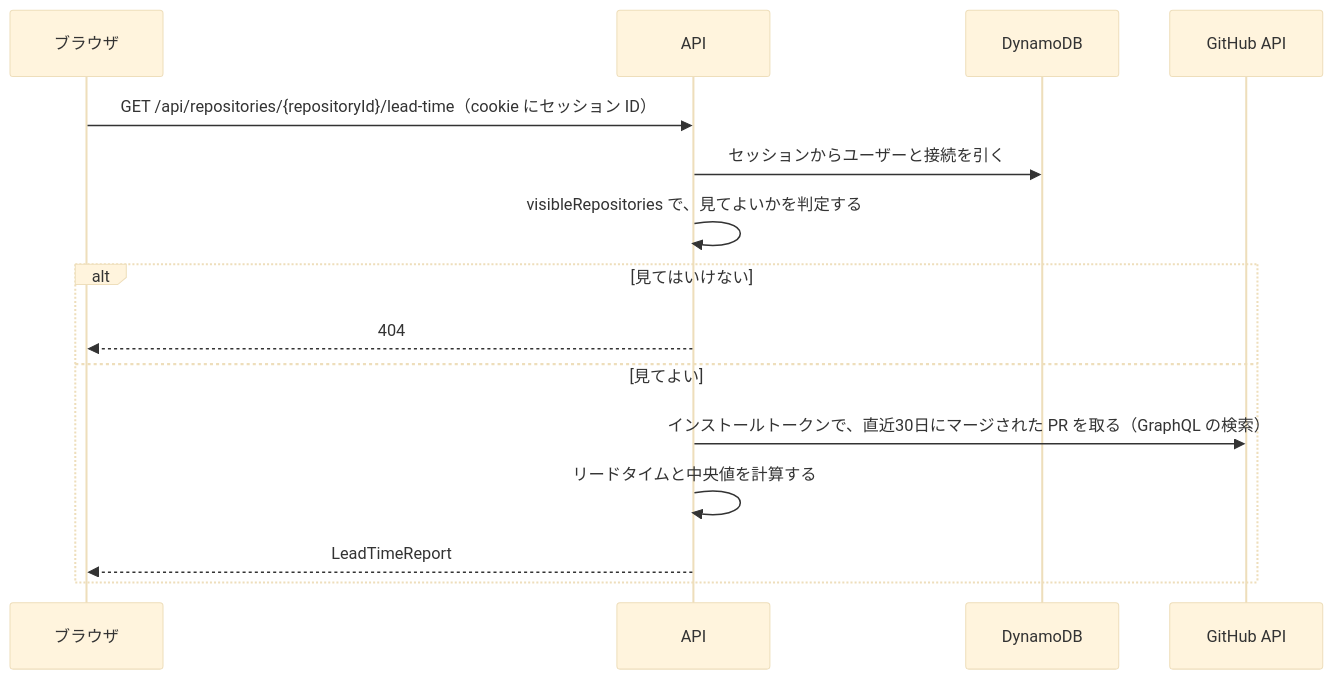
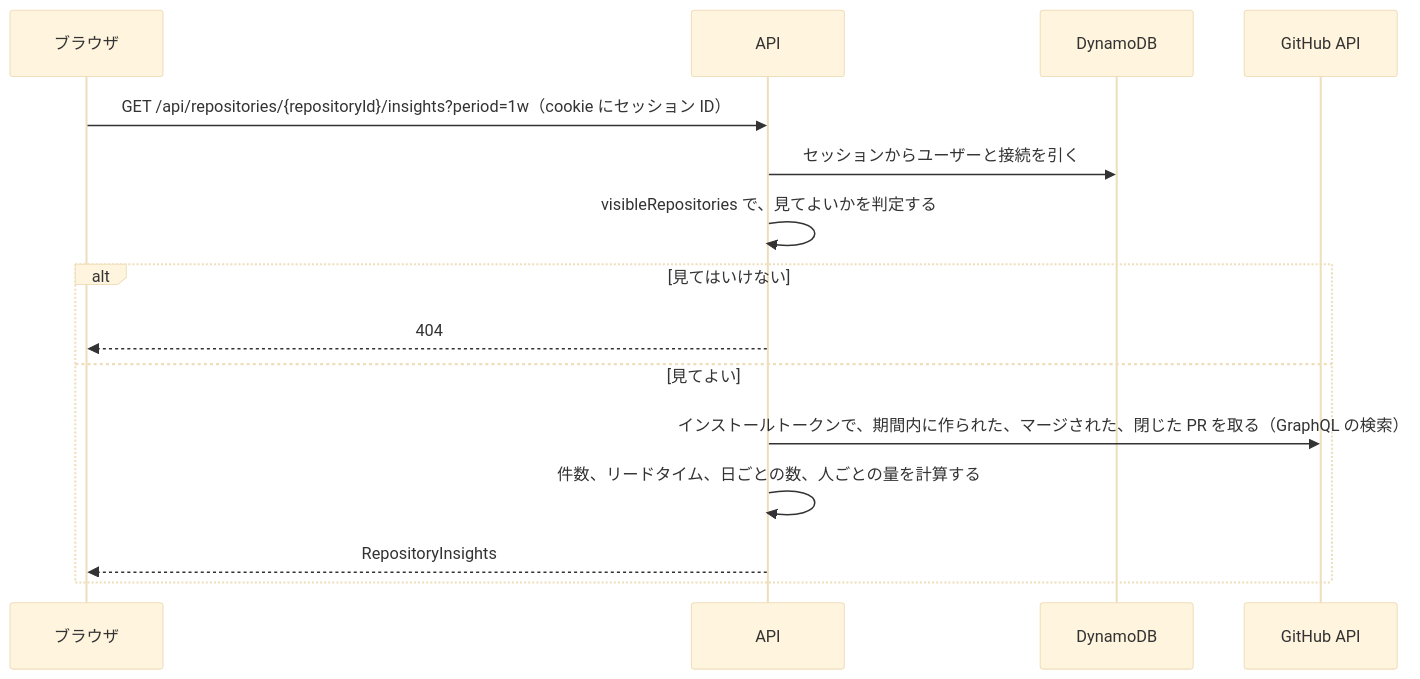
One commit to yamkazu/miruca changed the third of 3 diagrams in docs/architecture.md. Above: the diagram before and after it, drawn with Mermaid (base theme). The commit also changed other lines of this file and 1 other file, not shown here.

Commit message:
PRD: 0.1 で PR から読み取れる範囲のインサイト（Pulse、Contributors に近いもの）を出す
Claude-Session: https://claude.ai/code/session_017mbgcMWjADYMhPnSU7dwMU

````diff
--- a/docs/architecture.md
+++ b/docs/architecture.md
@@ -98,18 +98,18 @@
 ```mermaid
 sequenceDiagram
   participant B as ブラウザ
   participant A as API
   participant D as DynamoDB
   participant G as GitHub API
 
-  B->>A: GET /api/repositories/{repositoryId}/lead-time（cookie にセッション ID）
+  B->>A: GET /api/repositories/{repositoryId}/insights?period=1w（cookie にセッション ID）
   A->>D: セッションからユーザーと接続を引く
   A->>A: visibleRepositories で、見てよいかを判定する
   alt 見てはいけない
     A-->>B: 404
   else 見てよい
-    A->>G: インストールトークンで、直近30日にマージされた PR を取る（GraphQL の検索）
-    A->>A: リードタイムと中央値を計算する
-    A-->>B: LeadTimeReport
+    A->>G: インストールトークンで、期間内に作られた、マージされた、閉じた PR を取る（GraphQL の検索）
+    A->>A: 件数、リードタイム、日ごとの数、人ごとの量を計算する
+    A-->>B: RepositoryInsights
   end
 ```
````
